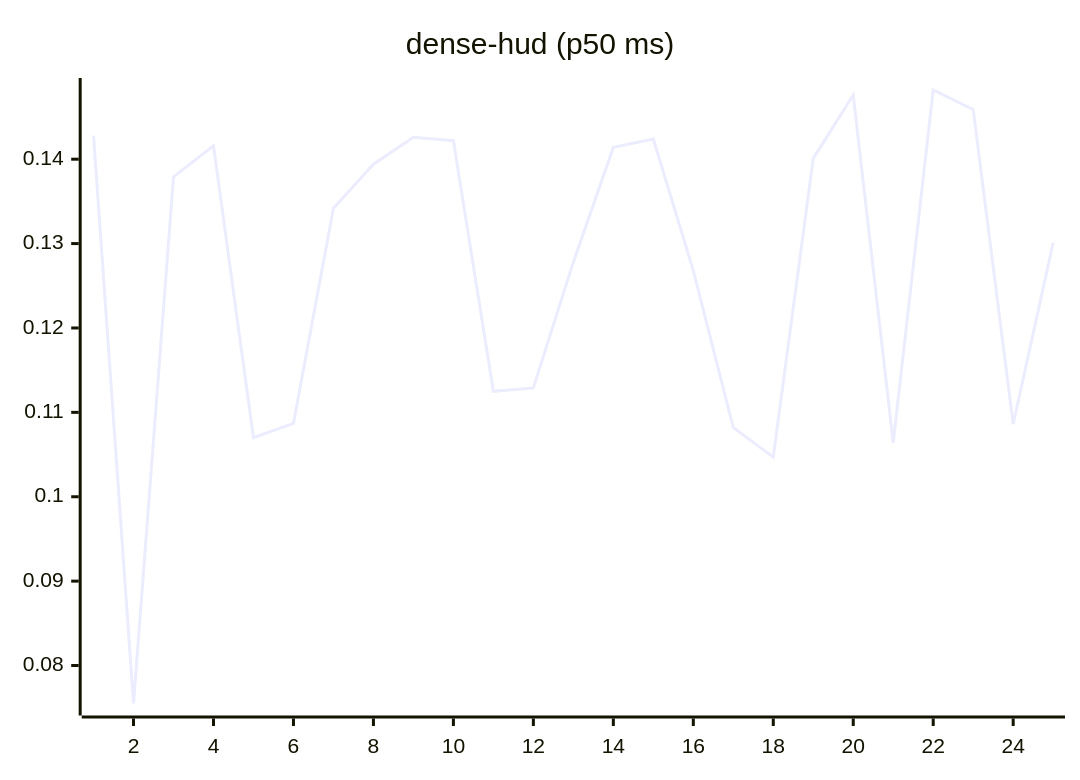
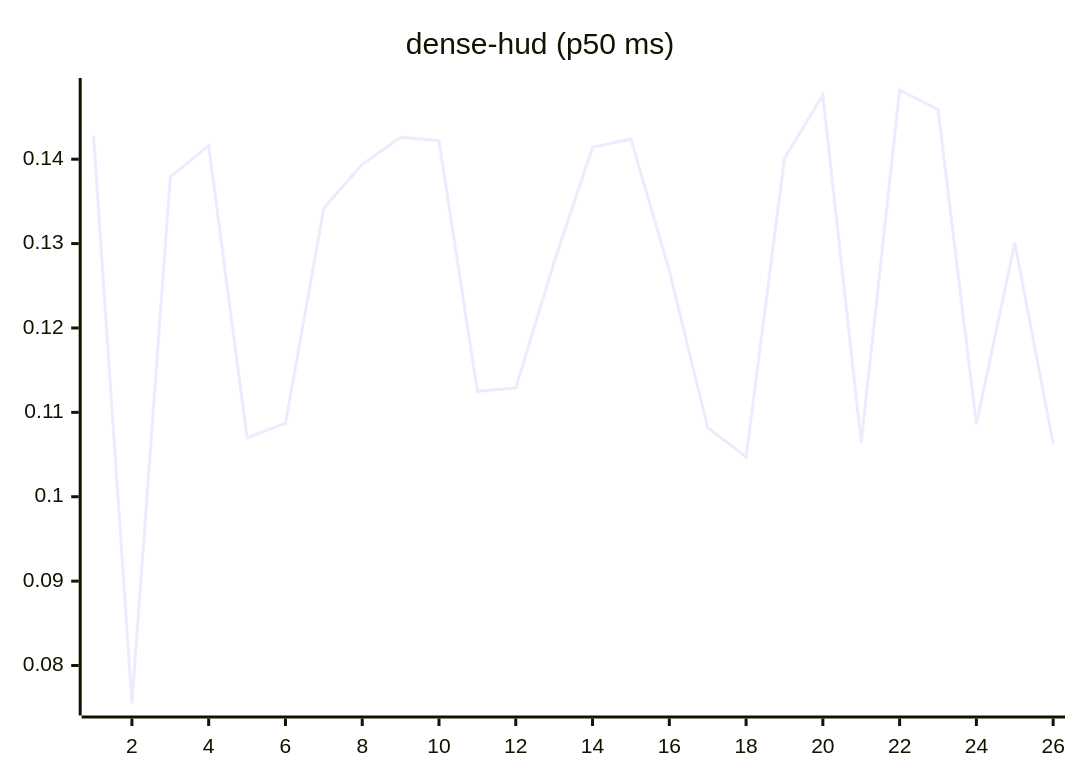
Before and after one commit to josha/Facet: the eighth of 27 diagrams in README.md, drawn with Mermaid. The commit also changed other lines of this file and 2 other files, not shown here.

````diff
--- a/README.md
+++ b/README.md
@@ -112,6 +112,6 @@
 ```mermaid
 xychart-beta
     title "dense-hud (p50 ms)"
-    x-axis 1 --> 25
-    line [0.1428, 0.0755, 0.1379, 0.1416, 0.1070, 0.1087, 0.1342, 0.1394, 0.1426, 0.1422, 0.1125, 0.1129, 0.1278, 0.1414, 0.1424, 0.1268, 0.1082, 0.1047, 0.1401, 0.1476, 0.1064, 0.1482, 0.1459, 0.1086, 0.1301]
+    x-axis 1 --> 26
+    line [0.1428, 0.0755, 0.1379, 0.1416, 0.1070, 0.1087, 0.1342, 0.1394, 0.1426, 0.1422, 0.1125, 0.1129, 0.1278, 0.1414, 0.1424, 0.1268, 0.1082, 0.1047, 0.1401, 0.1476, 0.1064, 0.1482, 0.1459, 0.1086, 0.1301, 0.1063]
 ```
````
